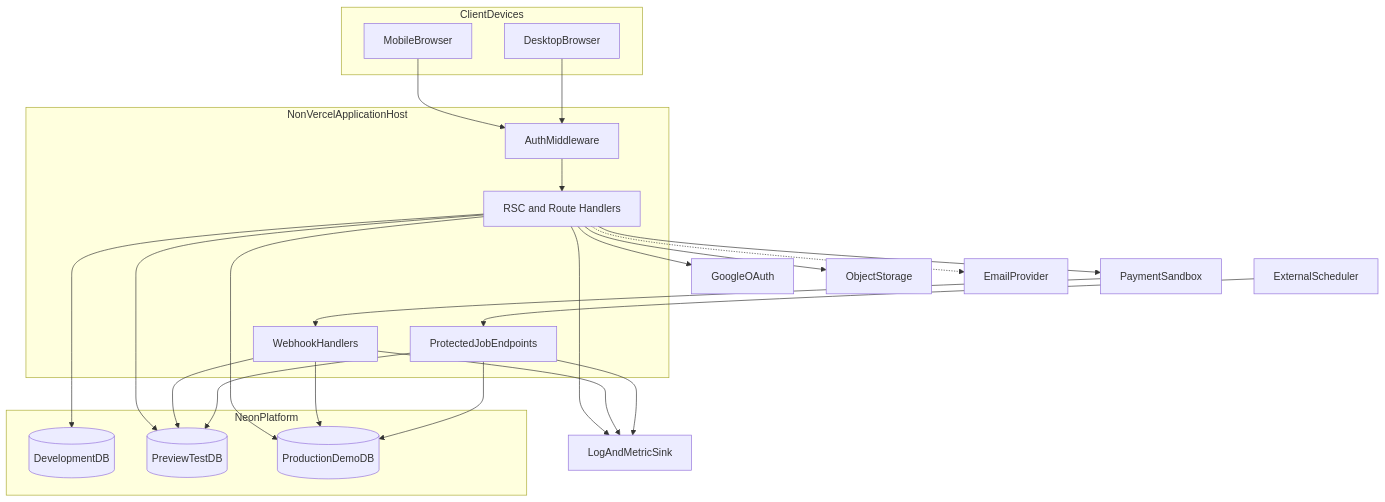
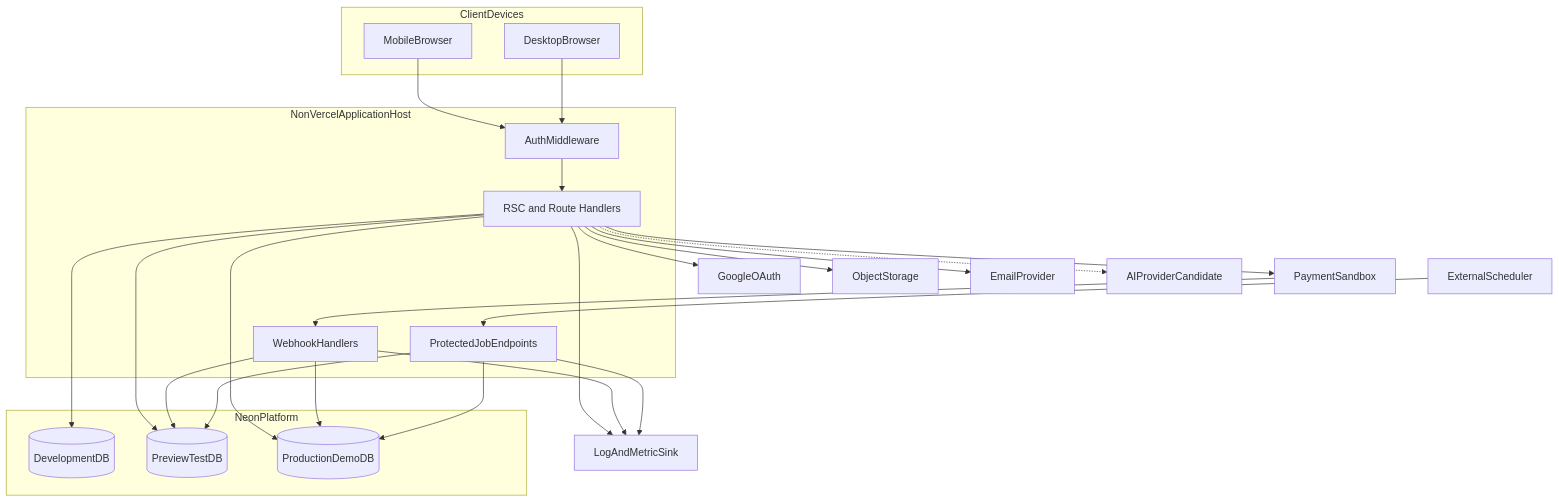
The tenth of 11 diagrams in architecture.md (Fajrunshubhi/MyTicketIn), drawn with Mermaid before and after one commit. The commit also changed other lines of this file and 406 other files, not shown here.

````diff
--- a/architecture.md
+++ b/architecture.md
@@ -598,47 +694,49 @@
 ```mermaid
 flowchart TB
   subgraph Clients [ClientDevices]
     MobileBrowser[MobileBrowser]
     DesktopBrowser[DesktopBrowser]
   end
 
   subgraph Host [NonVercelApplicationHost]
     Middleware[AuthMiddleware]
     WebRuntime["RSC and Route Handlers"]
     WebhookRuntime[WebhookHandlers]
     JobEndpoint[ProtectedJobEndpoints]
   end
 
   subgraph Neon [NeonPlatform]
     DevDB[(DevelopmentDB)]
     PreviewDB[(PreviewTestDB)]
     DemoDB[(ProductionDemoDB)]
   end
 
   Google[GoogleOAuth]
   Gateway[PaymentSandbox]
   Storage[ObjectStorage]
   Email[EmailProvider]
+  AI[AIProviderCandidate]
   Cron[ExternalScheduler]
   Logs[LogAndMetricSink]
 
   MobileBrowser --> Middleware
   DesktopBrowser --> Middleware
   Middleware --> WebRuntime
   WebRuntime --> DevDB
   WebRuntime --> PreviewDB
   WebRuntime --> DemoDB
   WebRuntime --> Google
   WebRuntime --> Gateway
   Gateway --> WebhookRuntime
   WebhookRuntime --> PreviewDB
   WebhookRuntime --> DemoDB
   WebRuntime --> Storage
-  WebRuntime -.-> Email
+  WebRuntime --> Email
+  WebRuntime -.-> AI
   Cron --> JobEndpoint
   JobEndpoint --> PreviewDB
   JobEndpoint --> DemoDB
   WebRuntime --> Logs
   WebhookRuntime --> Logs
   JobEndpoint --> Logs
 ```
````
